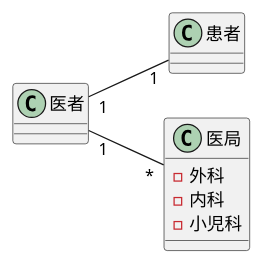
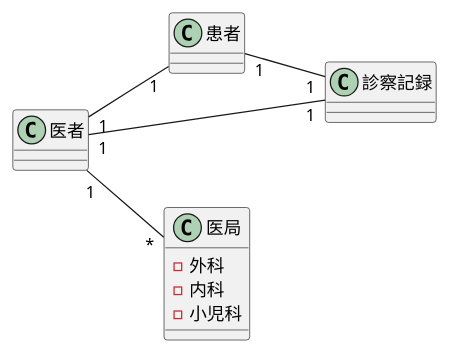
One commit to tanumahikaru/uml-into changed the diagram in 演習3-2_CL_医師と患者と医局と診療記録.pu. Above: the diagram before and after it, drawn with PlantUML.

```diff
--- a/演習3-2_CL_医師と患者と医局と診療記録.pu
+++ b/演習3-2_CL_医師と患者と医局と診療記録.pu
@@ -1,13 +1,16 @@
 @startuml 演習3-2
 left to right direction
 class 医者
 class 患者
+class 診察記録
 class 医局 {
 -外科
 -内科
 -小児科
 }
 
 医者 "1" -down- "1" 患者
 医者 "1" -down- "*" 医局
+医者 "1" -down- "1" 診察記録
+患者 "1" -down- "1" 診察記録
 @enduml
```
